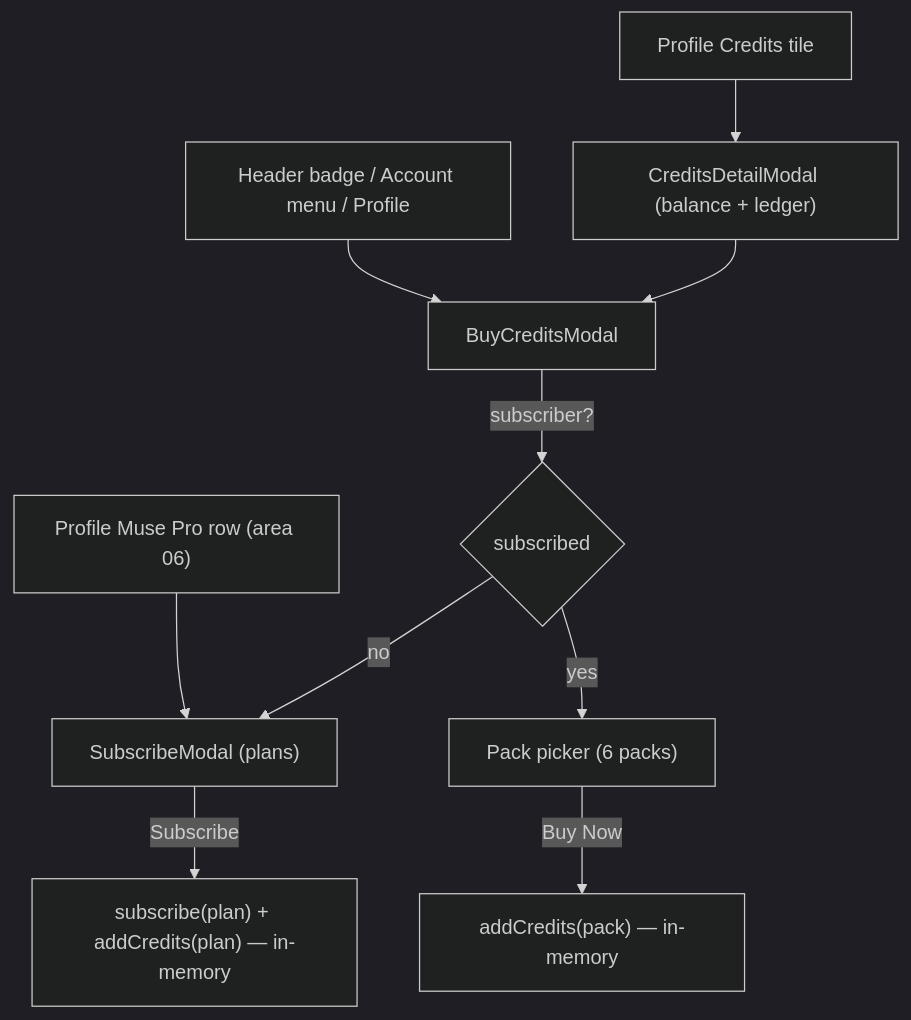
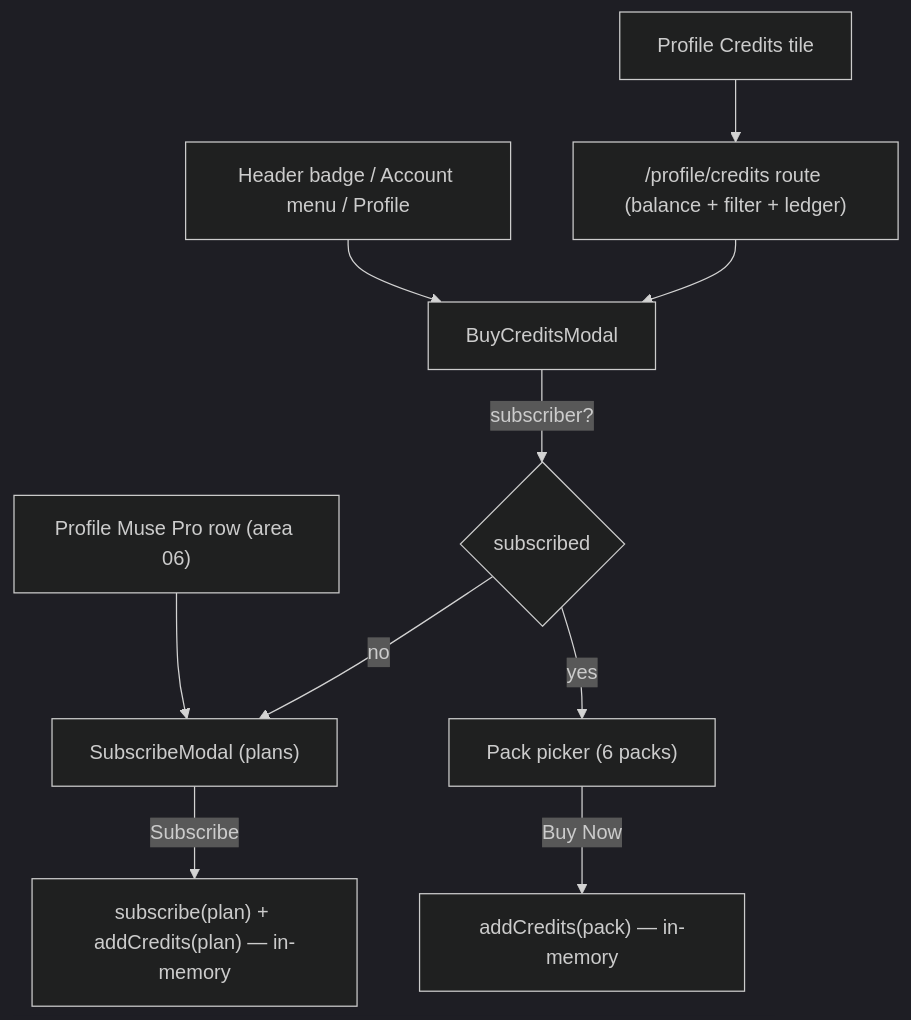
One commit to pft-JasonChen/musemv-ai changed the diagram in web-app/specs/areas/07-credits-iap.md. Above: the diagram before and after it, drawn with Mermaid (dark theme). The commit also changed other lines of this file and 57 other files, not shown here.

````diff
--- a/web-app/specs/areas/07-credits-iap.md
+++ b/web-app/specs/areas/07-credits-iap.md
@@ -207,12 +242,12 @@
 ```mermaid
 flowchart TD
   Badge["Header badge / Account menu / Profile"] --> Buy["BuyCreditsModal"]
   Profile["Profile Muse Pro row (area 06)"] --> Sub["SubscribeModal (plans)"]
-  ProfileCredits["Profile Credits tile"] --> Detail["CreditsDetailModal (balance + ledger)"]
+  ProfileCredits["Profile Credits tile"] --> Detail["/profile/credits route (balance + filter + ledger)"]
   Detail --> Buy
   Buy -->|subscriber?| Q{"subscribed"}
   Q -->|no| Sub
   Q -->|yes| Packs["Pack picker (6 packs)"]
   Packs -->|Buy Now| Add["addCredits(pack) — in-memory"]
   Sub -->|Subscribe| Grant["subscribe(plan) + addCredits(plan) — in-memory"]
 ```
````
